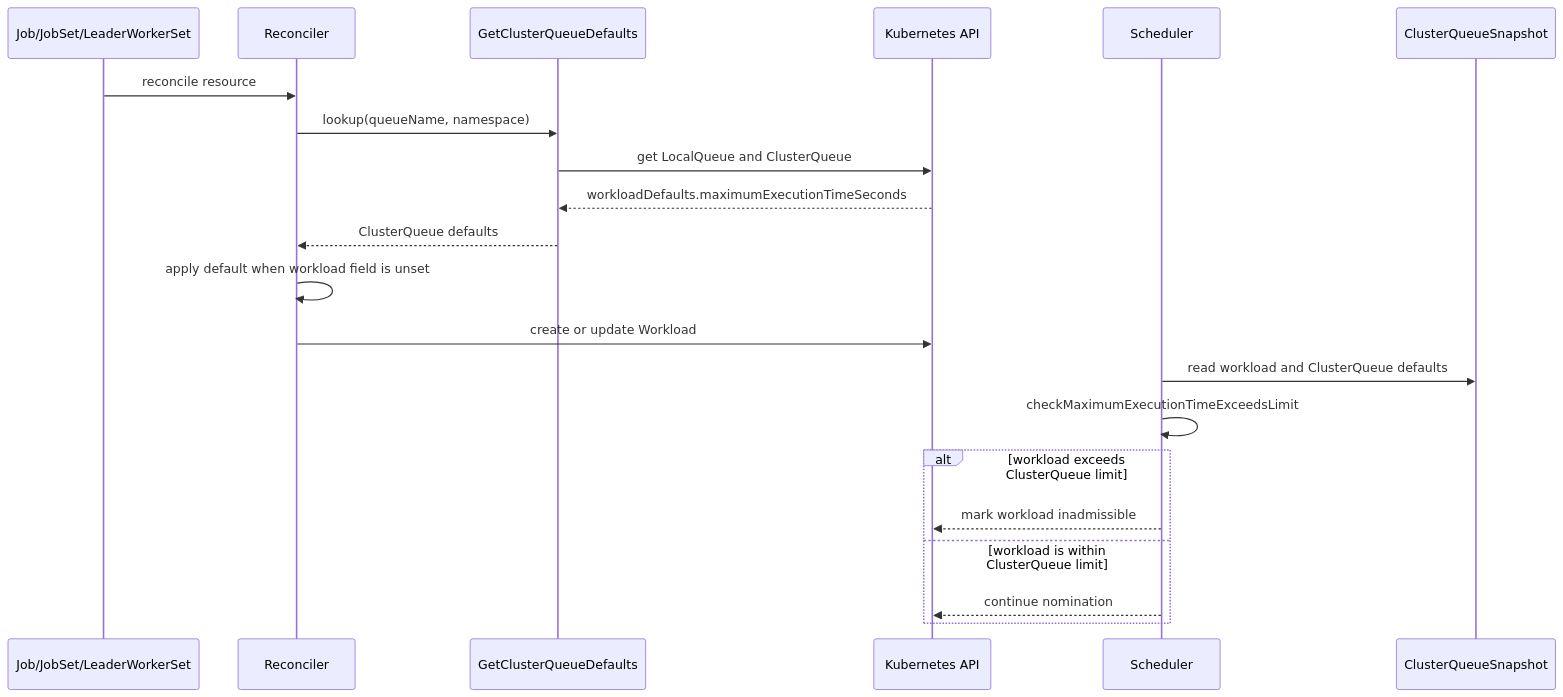
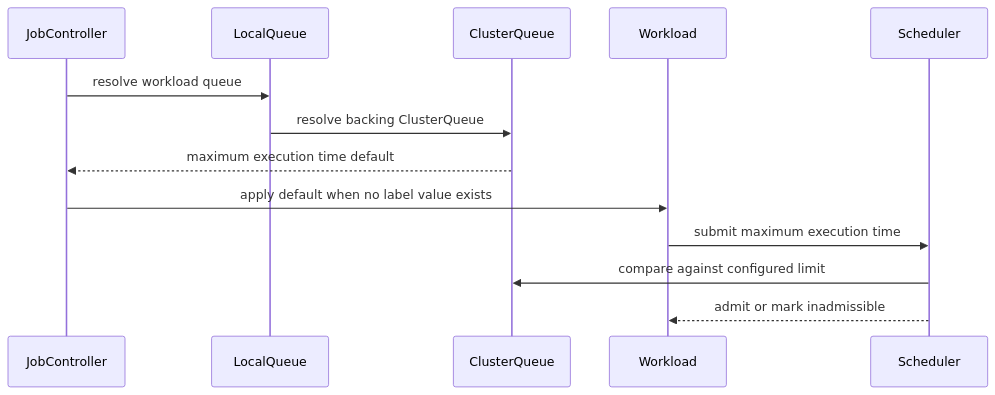
The diagram in raw/github/kubernetes-sigs__kueue/pr-10479.md (reruno/kueue-llm-wiki), drawn with Mermaid before and after one commit. The commit also changed other lines of this file and 719 other files, not shown here.

````diff
--- a/raw/github/kubernetes-sigs__kueue/pr-10479.md
+++ b/raw/github/kubernetes-sigs__kueue/pr-10479.md
@@ -215,24 +137,15 @@
 ```mermaid
 sequenceDiagram
-  participant WorkloadSource as Job/JobSet/LeaderWorkerSet
-  participant Reconciler
-  participant CQDefaults as GetClusterQueueDefaults
-  participant API as Kubernetes API
+  participant JobController
+  participant LocalQueue
+  participant ClusterQueue
+  participant Workload
   participant Scheduler
-  participant Snapshot as ClusterQueueSnapshot
-
-  WorkloadSource->>Reconciler: reconcile resource
-  Reconciler->>CQDefaults: lookup(queueName, namespace)
-  CQDefaults->>API: get LocalQueue and ClusterQueue
-  API-->>CQDefaults: workloadDefaults.maximumExecutionTimeSeconds
-  CQDefaults-->>Reconciler: ClusterQueue defaults
-  Reconciler->>Reconciler: apply default when workload field is unset
-  Reconciler->>API: create or update Workload
-  Scheduler->>Snapshot: read workload and ClusterQueue defaults
-  Scheduler->>Scheduler: checkMaximumExecutionTimeExceedsLimit
-  alt workload exceeds ClusterQueue limit
-    Scheduler-->>API: mark workload inadmissible
-  else workload is within ClusterQueue limit
-    Scheduler-->>API: continue nomination
-  end
+  JobController->>LocalQueue: resolve workload queue
+  LocalQueue->>ClusterQueue: resolve backing ClusterQueue
+  ClusterQueue-->>JobController: maximum execution time default
+  JobController->>Workload: apply default when no label value exists
+  Workload->>Scheduler: submit maximum execution time
+  Scheduler->>ClusterQueue: compare against configured limit
+  Scheduler-->>Workload: admit or mark inadmissible
 ```
````
